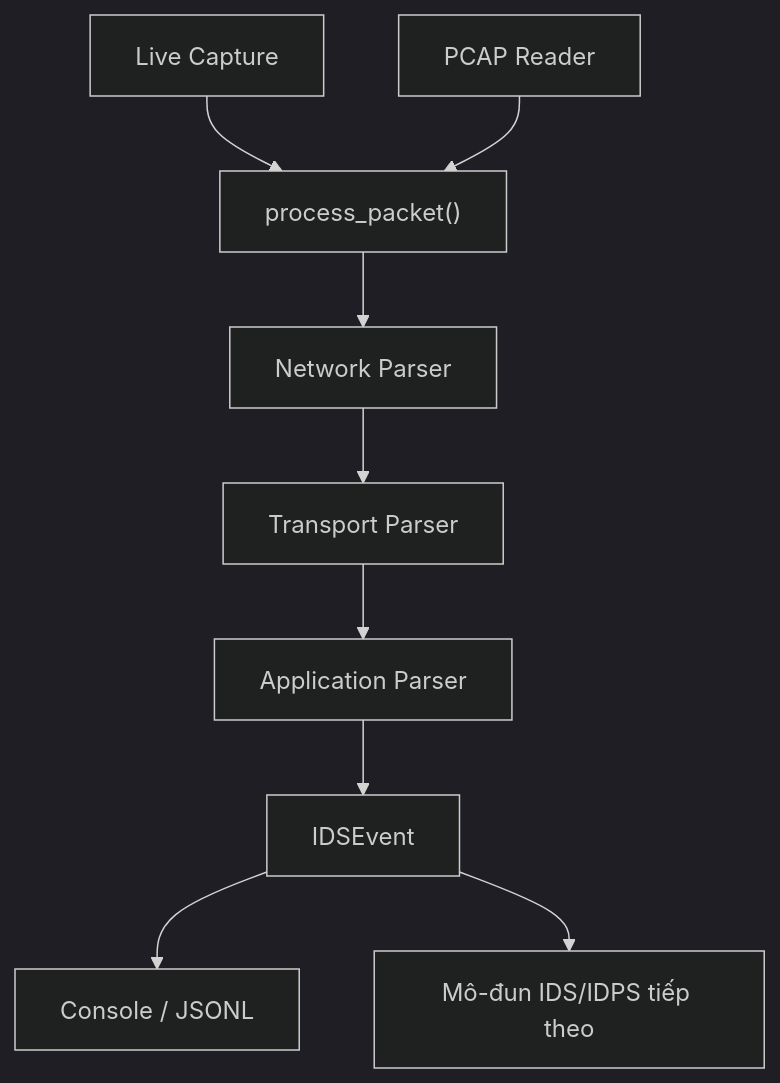
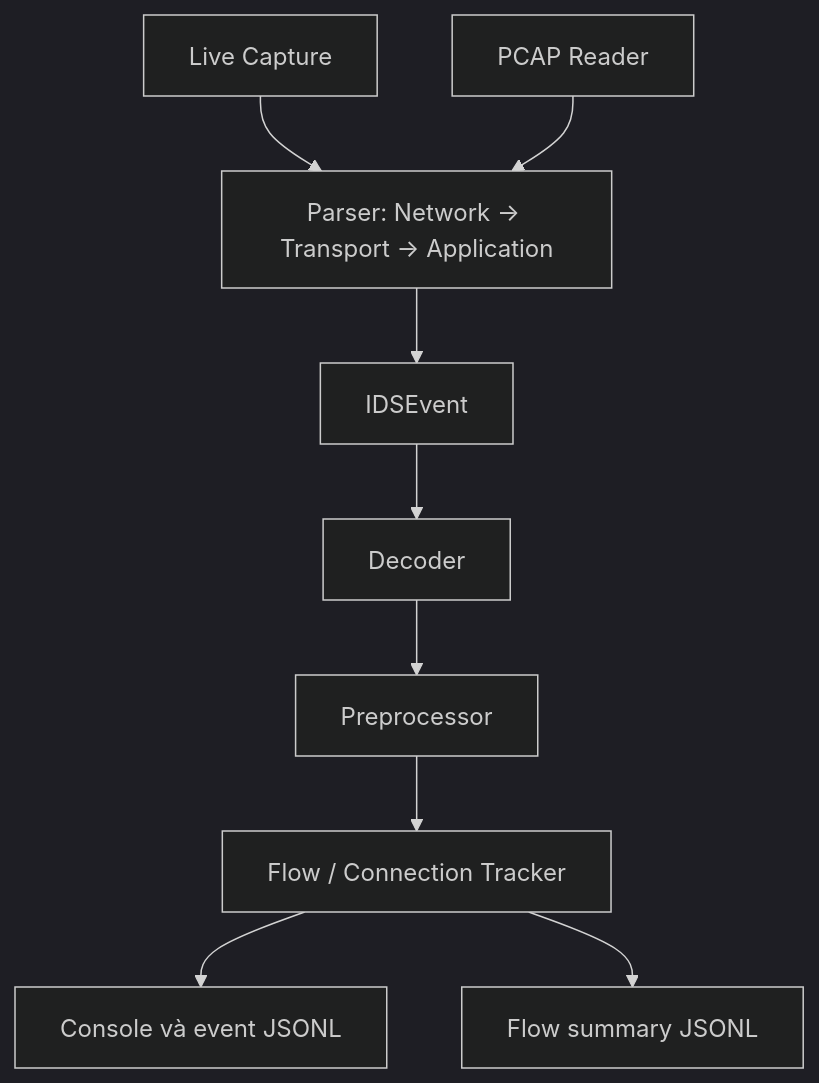
One commit to lyns184/NT204.R11.ANTN_LePhamKhanhLinh_24520959 changed the diagram in README.md. Above: the diagram before and after it, drawn with Mermaid (dark theme). The commit also changed other lines of this file and 1 other file, not shown here.

````diff
--- a/README.md
+++ b/README.md
@@ -22,11 +26,11 @@
 ```mermaid
 flowchart TD
-    A["Live Capture"] --> C["process_packet()"]
-    B["PCAP Reader"] --> C
-    C --> D["Network Parser"]
-    D --> E["Transport Parser"]
-    E --> F["Application Parser"]
-    F --> G["IDSEvent"]
-    G --> H["Console / JSONL"]
-    G --> I["Mô-đun IDS/IDPS tiếp theo"]
+    A[Live Capture] --> C[Parser: Network → Transport → Application]
+    B[PCAP Reader] --> C
+    C --> D[IDSEvent]
+    D --> E[Decoder]
+    E --> F[Preprocessor]
+    F --> G[Flow / Connection Tracker]
+    G --> H[Console và event JSONL]
+    G --> I[Flow summary JSONL]
 ```
````
